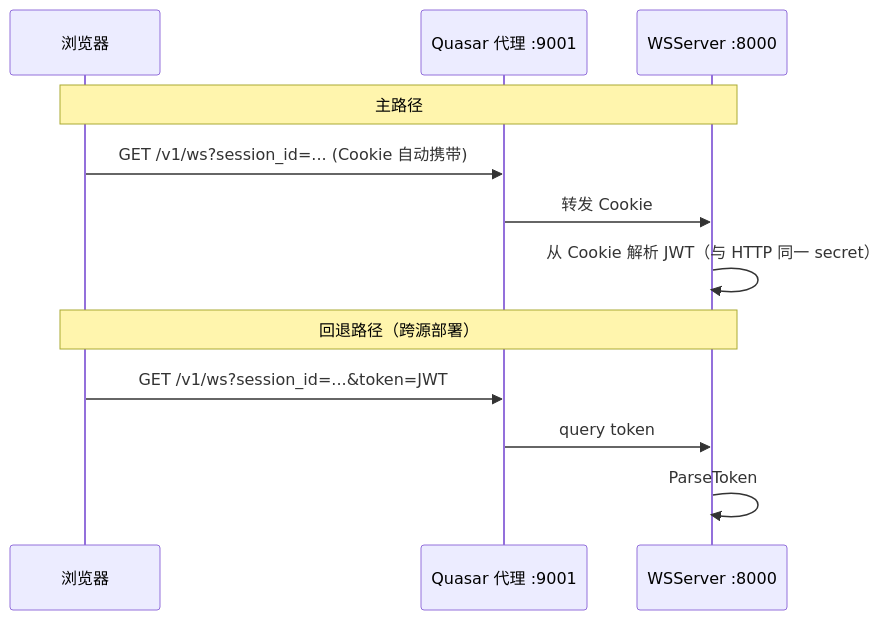
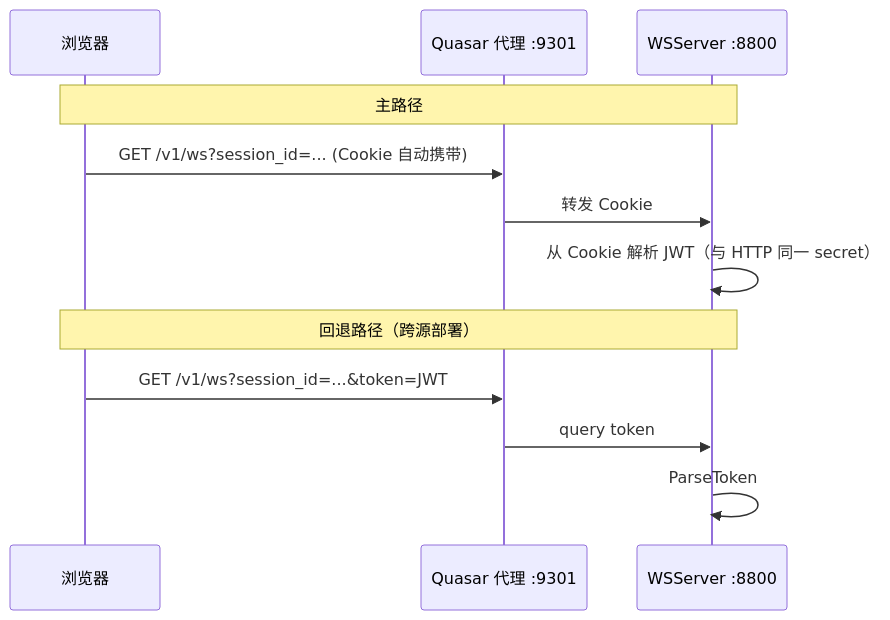
The second of 4 diagrams in docs/development/31-admin-auth.design.md (AmarsDing/aranea-agents), drawn with Mermaid before and after one commit. The commit also changed other lines of this file and 63 other files, not shown here.

````diff
--- a/docs/development/31-admin-auth.design.md
+++ b/docs/development/31-admin-auth.design.md
@@ -127,16 +127,16 @@
 ```mermaid
 sequenceDiagram
   participant B as 浏览器
-  participant P as Quasar 代理 :9001
-  participant S as WSServer :8000
+  participant P as Quasar 代理 :9301
+  participant S as WSServer :8800
 
   Note over B,S: 主路径
   B->>P: GET /v1/ws?session_id=... (Cookie 自动携带)
   P->>S: 转发 Cookie
   S->>S: 从 Cookie 解析 JWT（与 HTTP 同一 secret）
 
   Note over B,S: 回退路径（跨源部署）
   B->>P: GET /v1/ws?session_id=...&token=JWT
   P->>S: query token
   S->>S: ParseToken
 ```
````
